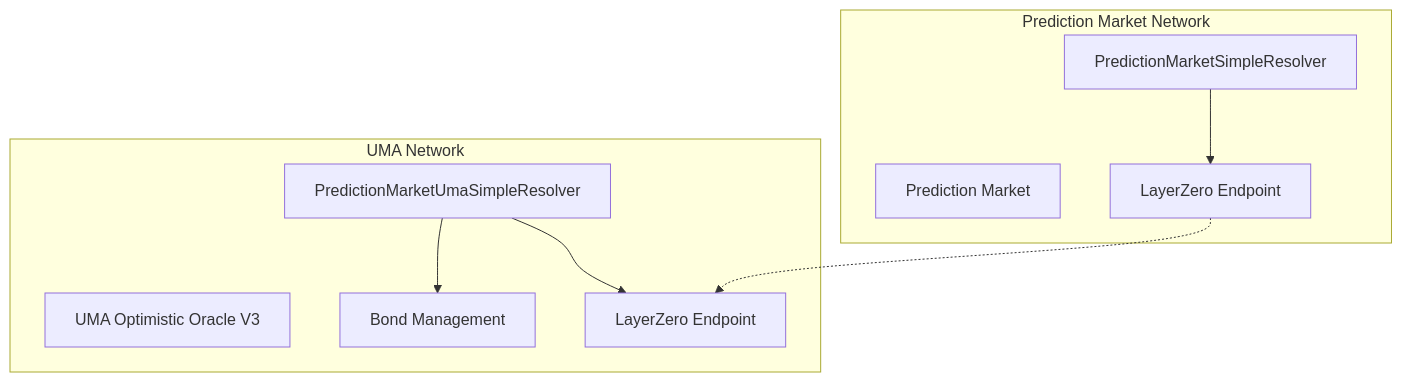
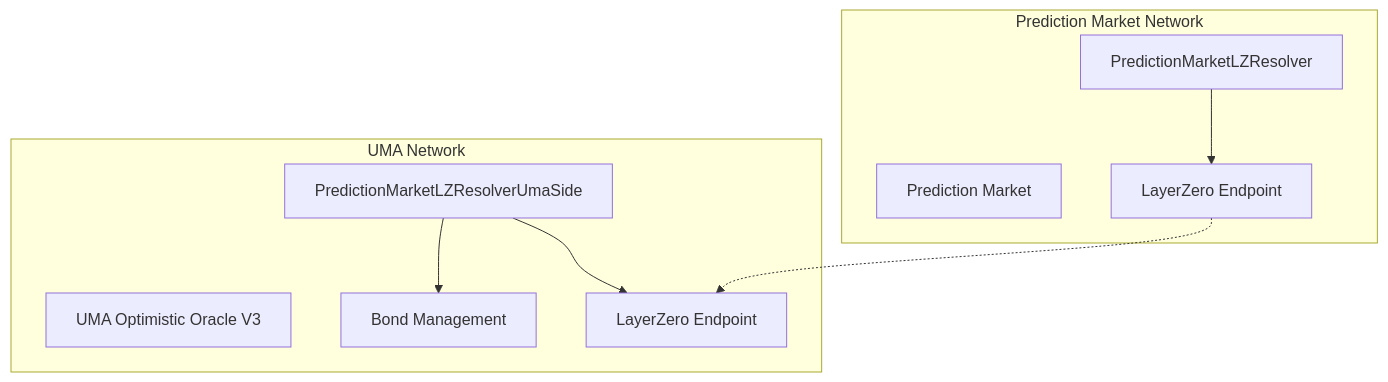
The sixth of 7 diagrams in packages/protocol/src/predictionMarket/resolvers/DIAGRAMS.md (engsudal909/sapience-1), drawn with Mermaid before and after one commit. The commit also changed other lines of this file and 11 other files, not shown here.

````diff
--- a/packages/protocol/src/predictionMarket/resolvers/DIAGRAMS.md
+++ b/packages/protocol/src/predictionMarket/resolvers/DIAGRAMS.md
@@ -237,20 +112,20 @@
 ```mermaid
 graph TB
     subgraph "Prediction Market Network"
         PM[Prediction Market]
-        PMR[PredictionMarketSimpleResolver]
+        PMR[PredictionMarketLZResolver]
         LZ1[LayerZero Endpoint]
     end
     
     subgraph "UMA Network"
         UMA[UMA Optimistic Oracle V3]
-        UMR[PredictionMarketUmaSimpleResolver]
+        UMR[PredictionMarketLZResolverUmaSide]
         LZ2[LayerZero Endpoint]
         Bonds[Bond Management]
     end
     
     PMR --> LZ1
     UMR --> Bonds
     UMR --> LZ2
     LZ1 -.-> LZ2
 ```
````
